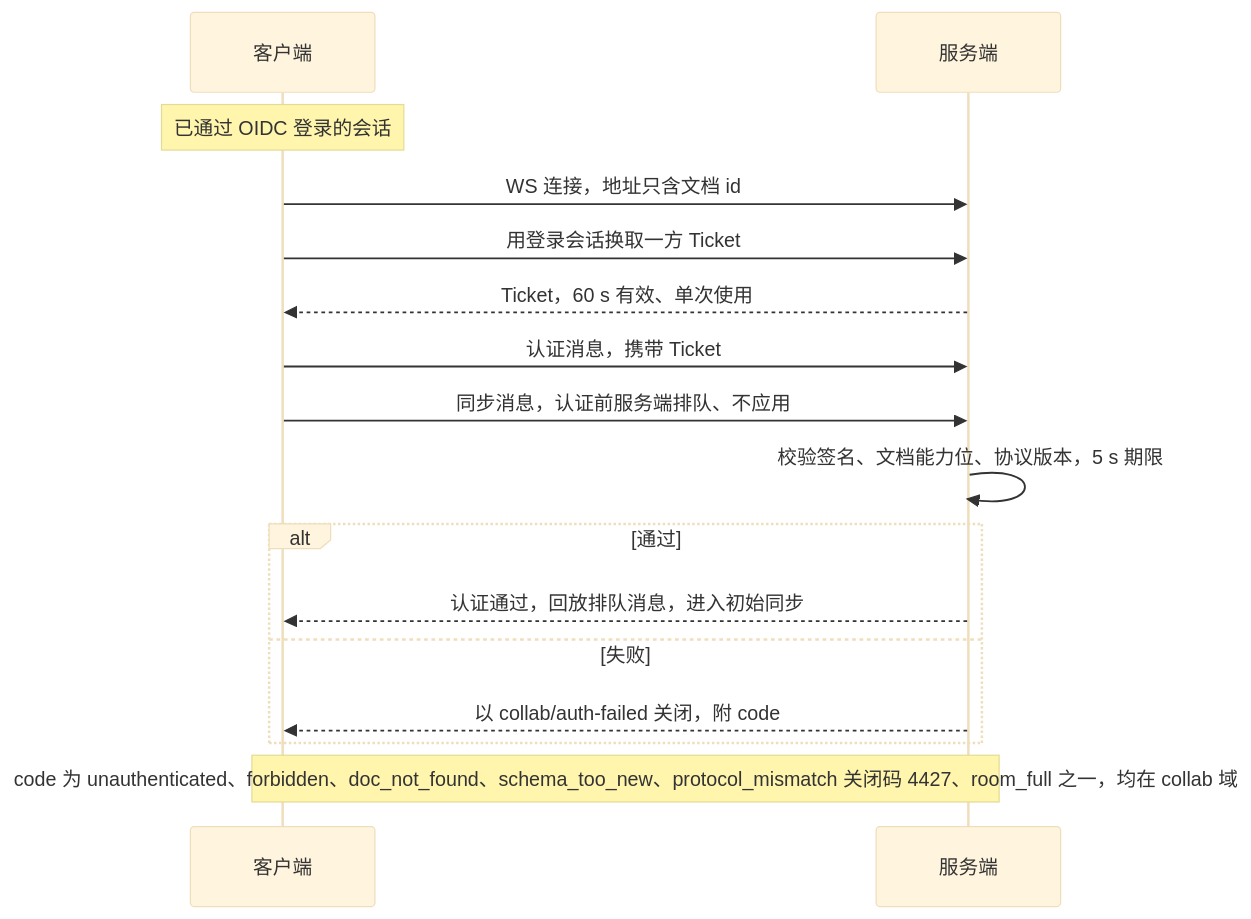
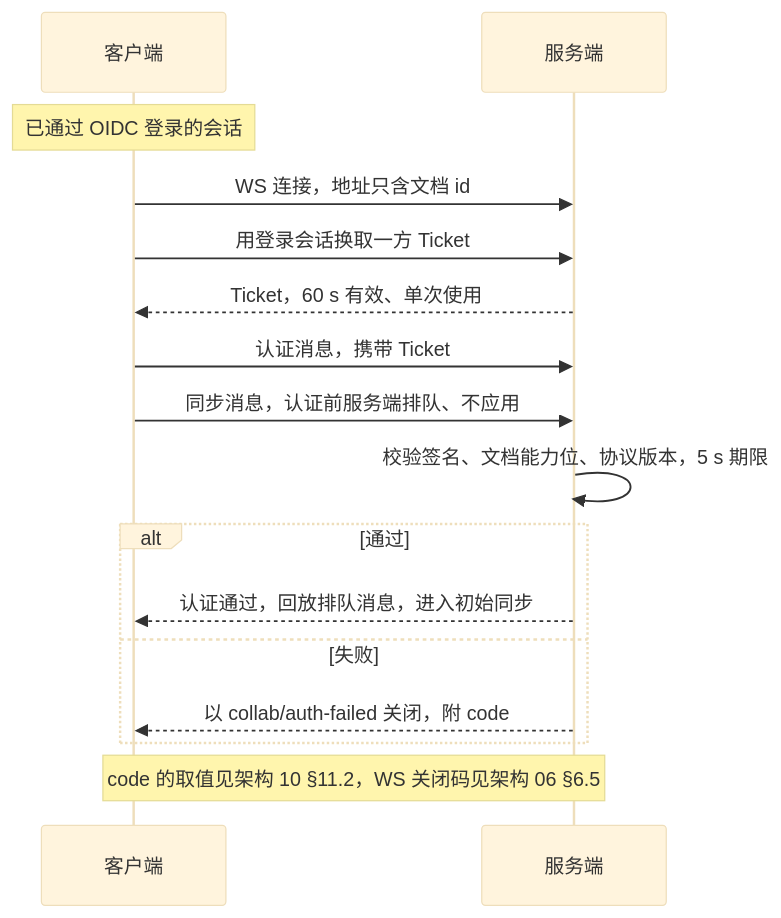
Before and after one commit to Xeonice/cordis-ppt-editor: the eighth of 10 diagrams in docs/10-prd/03-features/03-collaboration.md, drawn with Mermaid (base theme). The commit also changed other lines of this file and 19 other files, not shown here.

````diff
--- a/docs/10-prd/03-features/03-collaboration.md
+++ b/docs/10-prd/03-features/03-collaboration.md
@@ -381,18 +391,18 @@
 ```mermaid
 sequenceDiagram
   participant client as 客户端
   participant server as 服务端
   Note over client: 已通过 OIDC 登录的会话
   client->>server: WS 连接，地址只含文档 id
   client->>server: 用登录会话换取一方 Ticket
   server-->>client: Ticket，60 s 有效、单次使用
   client->>server: 认证消息，携带 Ticket
   client->>server: 同步消息，认证前服务端排队、不应用
   server->>server: 校验签名、文档能力位、协议版本，5 s 期限
   alt 通过
     server-->>client: 认证通过，回放排队消息，进入初始同步
   else 失败
     server-->>client: 以 collab/auth-failed 关闭，附 code
   end
-  Note over client,server: code 为 unauthenticated、forbidden、doc_not_found、schema_too_new、protocol_mismatch 关闭码 4427、room_full 之一，均在 collab 域
+  Note over client,server: code 的取值见架构 10 §11.2，WS 关闭码见架构 06 §6.5
 ```
````
